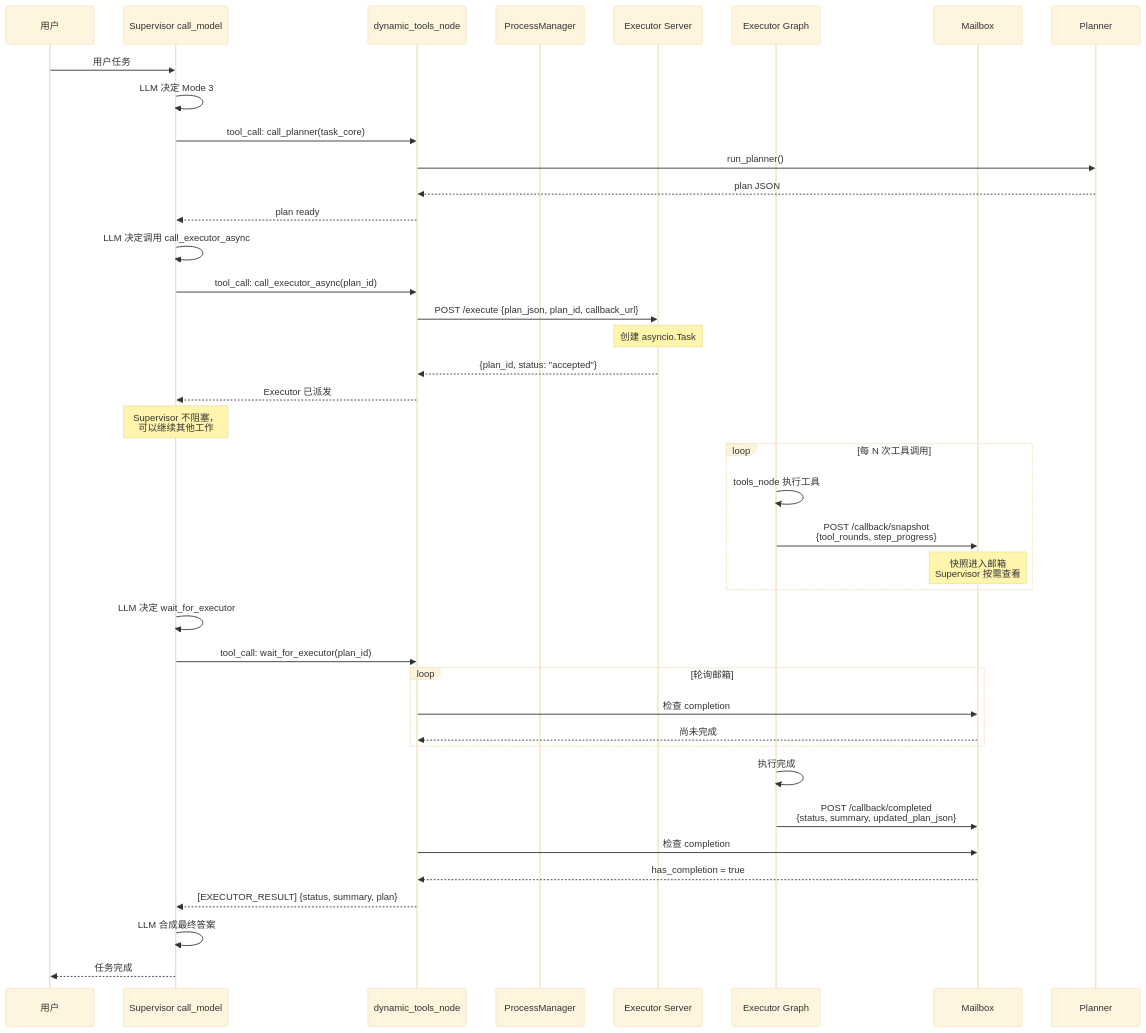
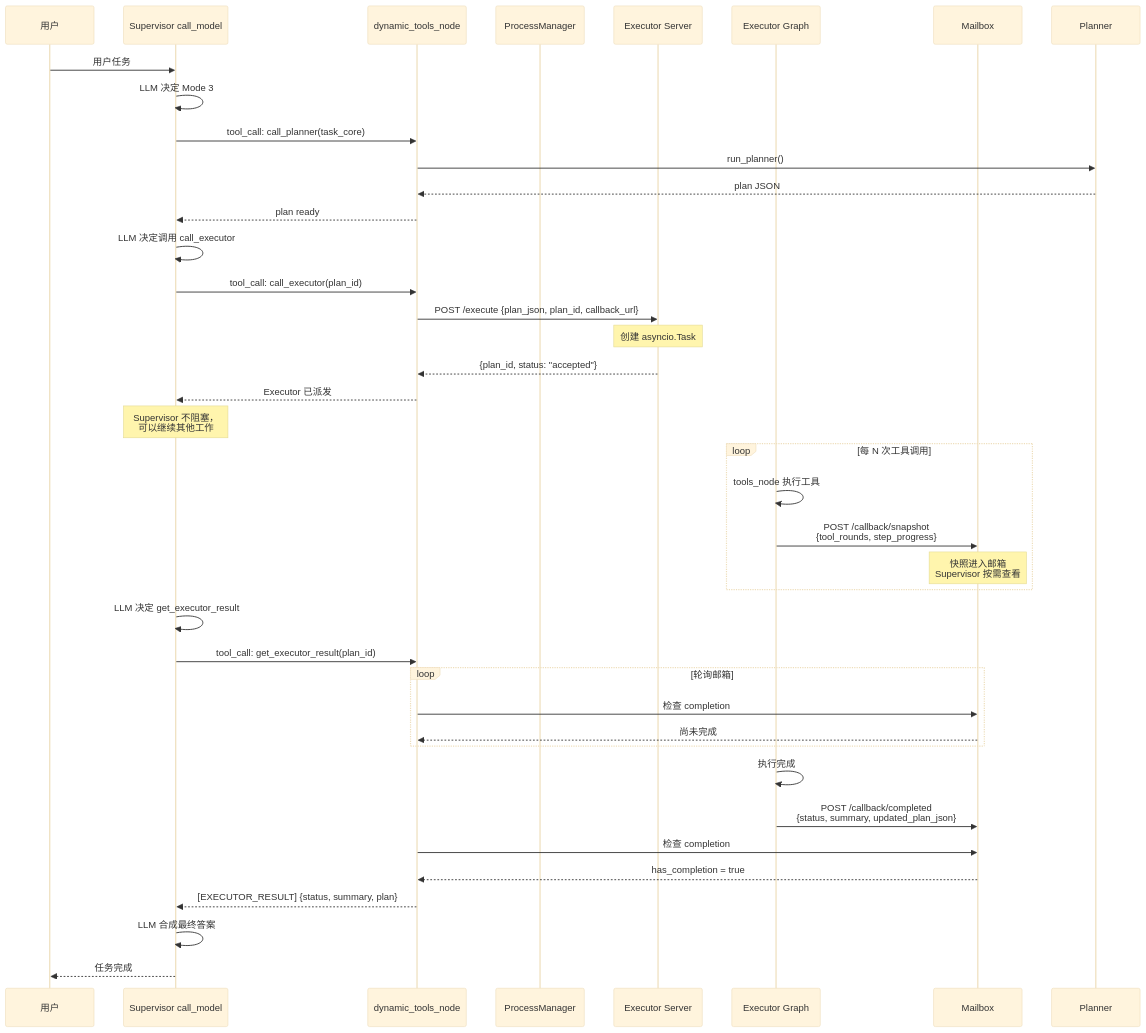
One commit to Tlaven/agent-triad changed the second of 9 diagrams in docs/v3-architecture-diagrams.md. Above: the diagram before and after it, drawn with Mermaid (base theme). The commit also changed other lines of this file and 10 other files, not shown here.

First line of the commit message:
feat: V3 lifecycle integration + architecture gap remediation (G1-G7)

````diff
--- a/docs/v3-architecture-diagrams.md
+++ b/docs/v3-architecture-diagrams.md
@@ -55,52 +55,52 @@
 ```mermaid
 sequenceDiagram
     participant User as 用户
     participant SM as Supervisor call_model
     participant DT as dynamic_tools_node
     participant PM as ProcessManager
     participant ES as Executor Server
     participant EG as Executor Graph
     participant MB as Mailbox
     participant PL as Planner
 
     User->>SM: 用户任务
     SM->>SM: LLM 决定 Mode 3
     SM->>DT: tool_call: call_planner(task_core)
     DT->>PL: run_planner()
     PL-->>DT: plan JSON
     DT-->>SM: plan ready
 
-    SM->>SM: LLM 决定调用 call_executor_async
-    SM->>DT: tool_call: call_executor_async(plan_id)
+    SM->>SM: LLM 决定调用 call_executor
+    SM->>DT: tool_call: call_executor(plan_id)
     DT->>ES: POST /execute {plan_json, plan_id, callback_url}
 
     Note over ES: 创建 asyncio.Task
     ES-->>DT: {plan_id, status: "accepted"}
     DT-->>SM: Executor 已派发
 
     Note over SM: Supervisor 不阻塞，<br/>可以继续其他工作
 
     loop 每 N 次工具调用
         EG->>EG: tools_node 执行工具
         EG->>MB: POST /callback/snapshot<br/>{tool_rounds, step_progress}
         Note over MB: 快照进入邮箱<br/>Supervisor 按需查看
     end
 
-    SM->>SM: LLM 决定 wait_for_executor
-    SM->>DT: tool_call: wait_for_executor(plan_id)
+    SM->>SM: LLM 决定 get_executor_result
+    SM->>DT: tool_call: get_executor_result(plan_id)
 
     loop 轮询邮箱
         DT->>MB: 检查 completion
         MB-->>DT: 尚未完成
     end
 
     EG->>EG: 执行完成
     EG->>MB: POST /callback/completed<br/>{status, summary, updated_plan_json}
 
     DT->>MB: 检查 completion
     MB-->>DT: has_completion = true
     DT-->>SM: [EXECUTOR_RESULT] {status, summary, plan}
 
     SM->>SM: LLM 合成最终答案
     SM-->>User: 任务完成
 ```
````
